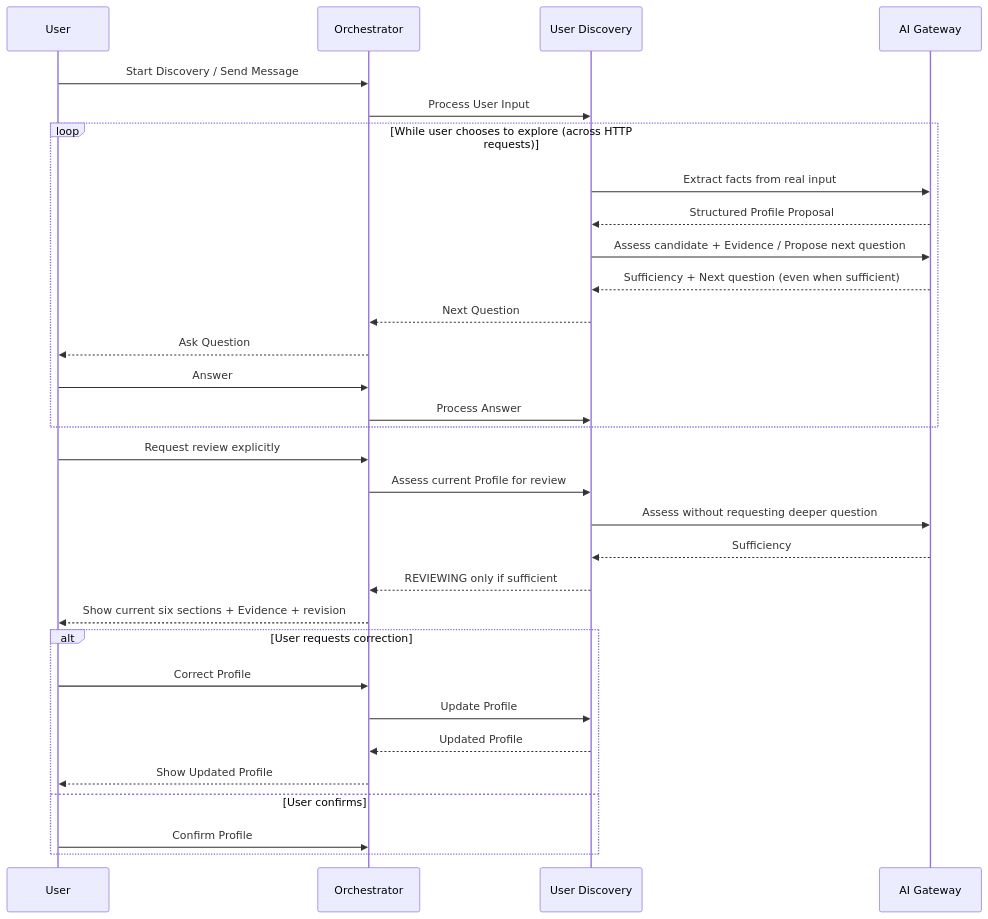
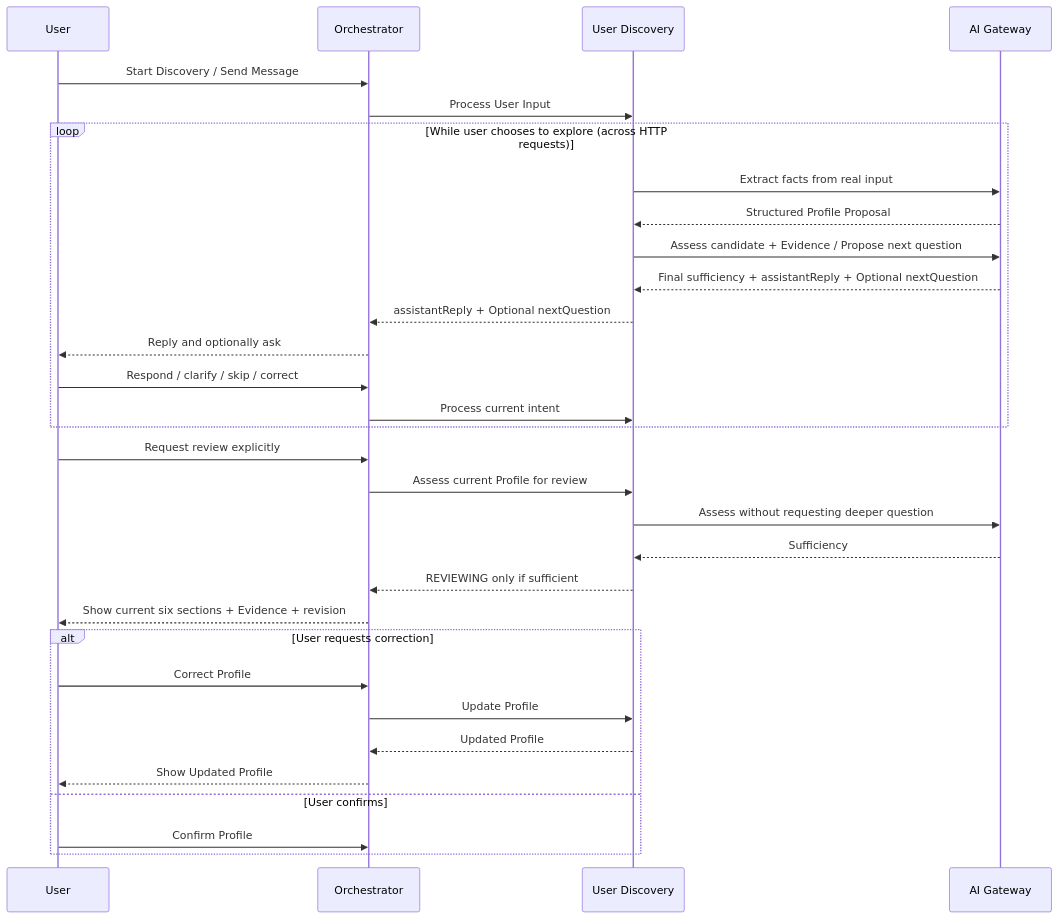
One commit to ayywl288/DelveForge changed the third of 5 diagrams in docs/ARCHITECTURE.md. Above: the diagram before and after it, drawn with Mermaid. The commit also changed other lines of this file and 43 other files, not shown here.

````diff
--- a/docs/ARCHITECTURE.md
+++ b/docs/ARCHITECTURE.md
@@ -1434,39 +1446,39 @@
 ```mermaid
 sequenceDiagram
     participant U as User
     participant O as Orchestrator
     participant UD as User Discovery
     participant AI as AI Gateway
 
     U->>O: Start Discovery / Send Message
     O->>UD: Process User Input
 
     loop While user chooses to explore (across HTTP requests)
         UD->>AI: Extract facts from real input
         AI-->>UD: Structured Profile Proposal
         UD->>AI: Assess candidate + Evidence / Propose next question
-        AI-->>UD: Sufficiency + Next question (even when sufficient)
+        AI-->>UD: Final sufficiency + assistantReply + Optional nextQuestion
 
-        UD-->>O: Next Question
-        O-->>U: Ask Question
+        UD-->>O: assistantReply + Optional nextQuestion
+        O-->>U: Reply and optionally ask
 
-        U->>O: Answer
-        O->>UD: Process Answer
+        U->>O: Respond / clarify / skip / correct
+        O->>UD: Process current intent
     end
 
     U->>O: Request review explicitly
     O->>UD: Assess current Profile for review
     UD->>AI: Assess without requesting deeper question
     AI-->>UD: Sufficiency
     UD-->>O: REVIEWING only if sufficient
     O-->>U: Show current six sections + Evidence + revision
 
     alt User requests correction
         U->>O: Correct Profile
         O->>UD: Update Profile
         UD-->>O: Updated Profile
         O-->>U: Show Updated Profile
     else User confirms
         U->>O: Confirm Profile
     end
 ```
````
